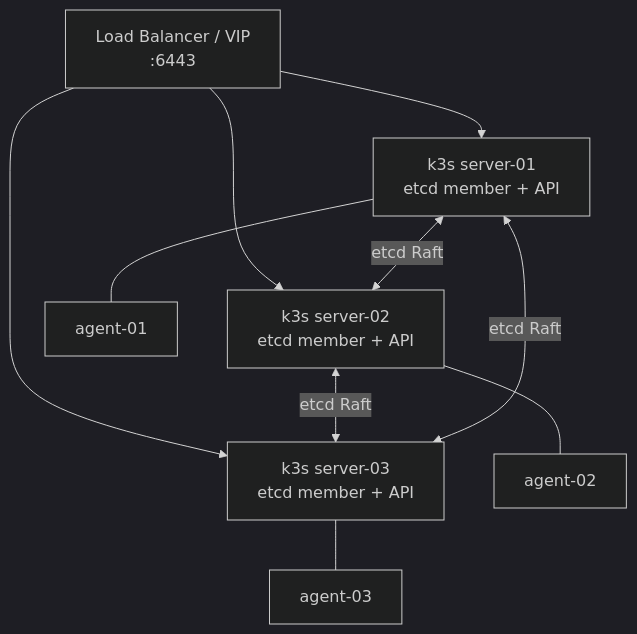
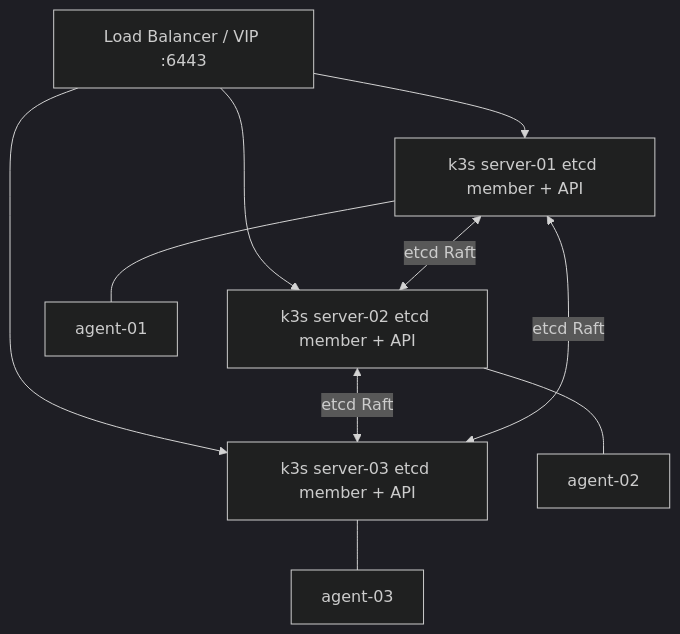
The first of 3 diagrams in 06_multi_node_cluster/02_ha_with_embedded_etcd.md (UncleJS/course_k3s), drawn with Mermaid (dark theme) before and after one commit. The commit also changed 57 other files, not shown here.

````diff
--- a/06_multi_node_cluster/02_ha_with_embedded_etcd.md
+++ b/06_multi_node_cluster/02_ha_with_embedded_etcd.md
@@ -31,13 +31,13 @@
 ```mermaid
 graph TD
-    LB[Load Balancer / VIP\n:6443]
-    LB --> S1[k3s server-01\netcd member + API]
-    LB --> S2[k3s server-02\netcd member + API]
-    LB --> S3[k3s server-03\netcd member + API]
+    LB[Load Balancer / VIP :6443]
+    LB --> S1[k3s server-01 etcd member + API]
+    LB --> S2[k3s server-02 etcd member + API]
+    LB --> S3[k3s server-03 etcd member + API]
     S1 <-->|etcd Raft| S2
     S2 <-->|etcd Raft| S3
     S3 <-->|etcd Raft| S1
     S1 --- W1[agent-01]
     S2 --- W2[agent-02]
     S3 --- W3[agent-03]
 ```
````
